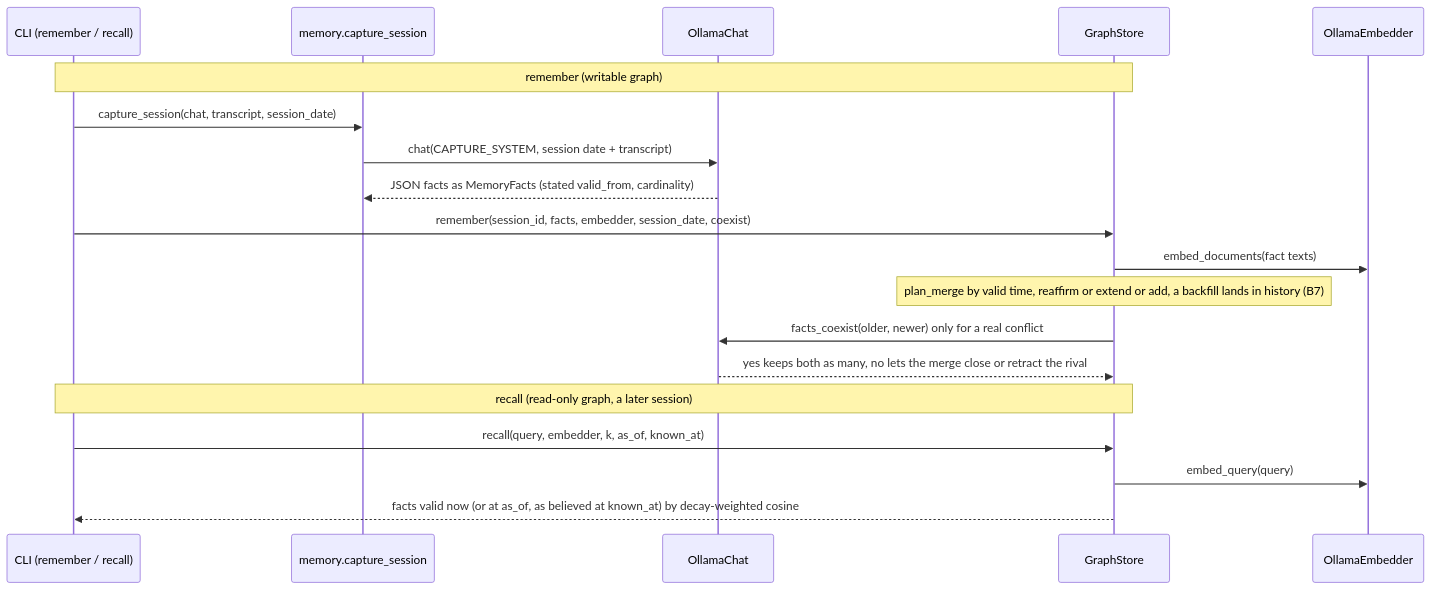
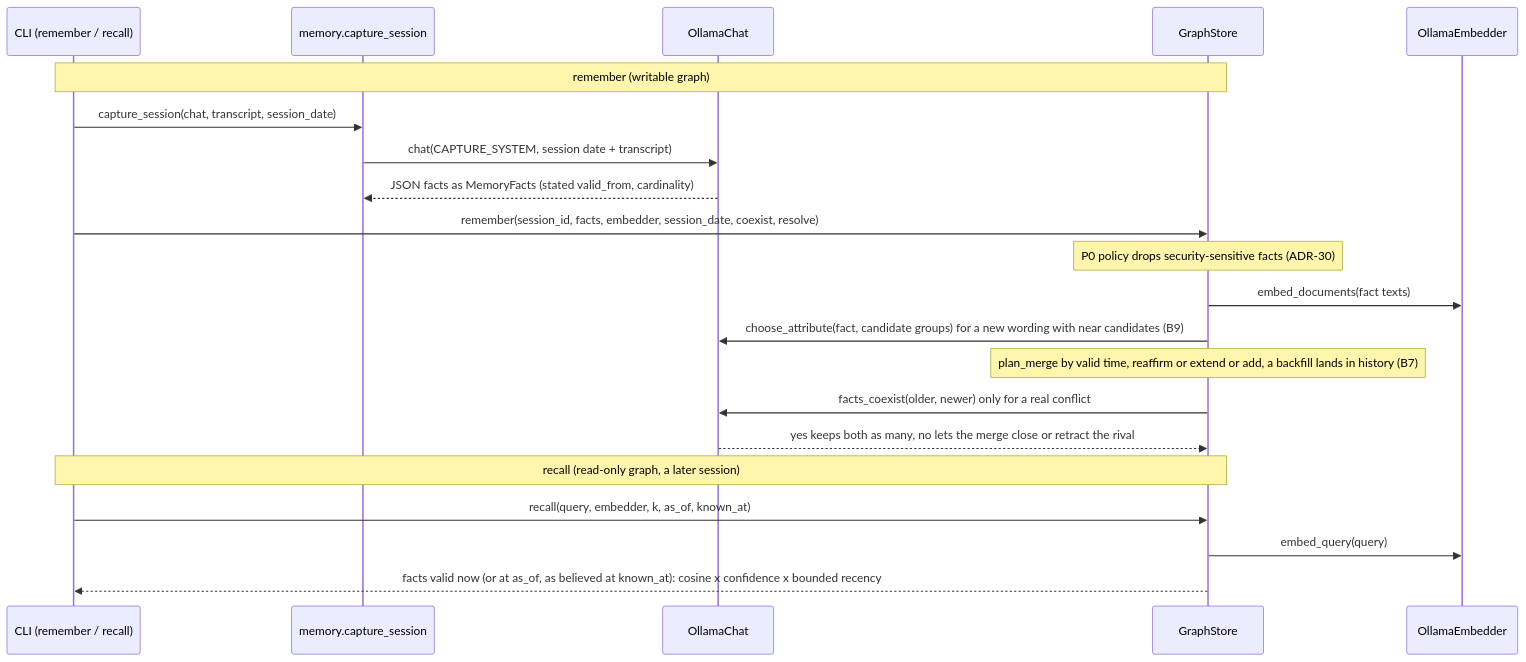
The sixth of 9 diagrams in docs/arc42/06-runtime-view.md (Neuroant/OpenWiki), drawn with Mermaid before and after one commit. The commit also changed other lines of this file and 11 other files, not shown here.

````diff
--- a/docs/arc42/06-runtime-view.md
+++ b/docs/arc42/06-runtime-view.md
@@ -168,23 +168,25 @@
 ```mermaid
 sequenceDiagram
   participant U as CLI (remember / recall)
   participant M as memory.capture_session
   participant C as OllamaChat
   participant GS as GraphStore
   participant E as OllamaEmbedder
 
   Note over U,GS: remember (writable graph)
   U->>M: capture_session(chat, transcript, session_date)
   M->>C: chat(CAPTURE_SYSTEM, session date + transcript)
   C-->>M: JSON facts as MemoryFacts (stated valid_from, cardinality)
-  U->>GS: remember(session_id, facts, embedder, session_date, coexist)
+  U->>GS: remember(session_id, facts, embedder, session_date, coexist, resolve)
+  Note over GS: P0 policy drops security-sensitive facts (ADR-30)
   GS->>E: embed_documents(fact texts)
+  GS->>C: choose_attribute(fact, candidate groups) for a new wording with near candidates (B9)
   Note over GS: plan_merge by valid time, reaffirm or extend or add, a backfill lands in history (B7)
   GS->>C: facts_coexist(older, newer) only for a real conflict
   C-->>GS: yes keeps both as many, no lets the merge close or retract the rival
 
   Note over U,GS: recall (read-only graph, a later session)
   U->>GS: recall(query, embedder, k, as_of, known_at)
   GS->>E: embed_query(query)
-  GS-->>U: facts valid now (or at as_of, as believed at known_at) by decay-weighted cosine
+  GS-->>U: facts valid now (or at as_of, as believed at known_at): cosine x confidence x bounded recency
 ```
````
